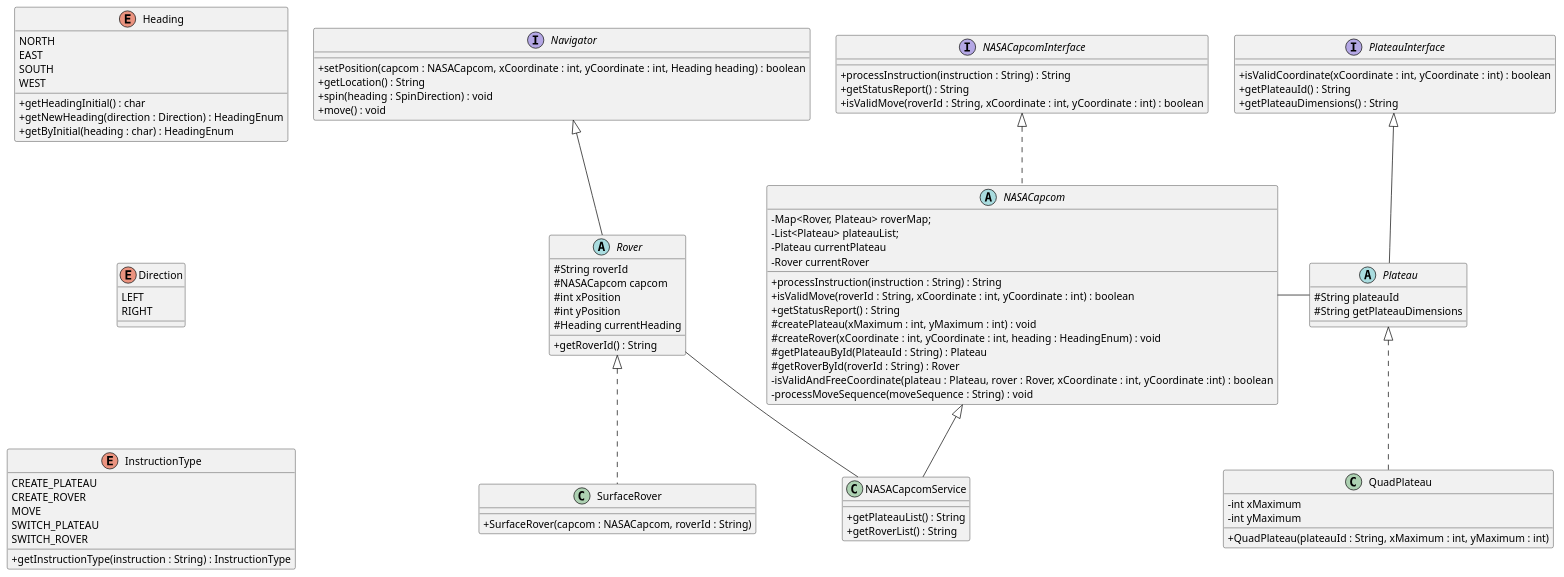
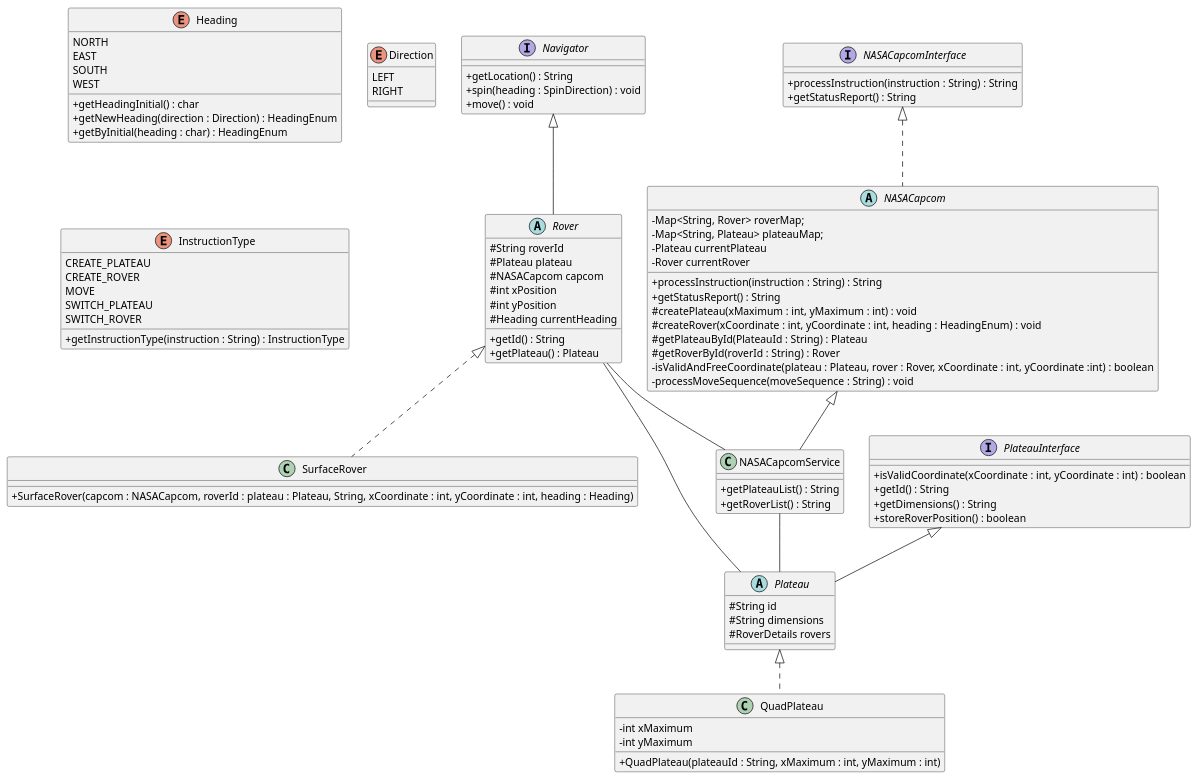
The diagram in uml/MarsRoverClassDiagram.puml (probert999/mars-rover), drawn with PlantUML before and after one commit. The commit also changed 16 other files, not shown here.

Commit message:
Plateau now has visibility of rover locations

```diff
--- a/uml/MarsRoverClassDiagram.puml
+++ b/uml/MarsRoverClassDiagram.puml
@@ -1,108 +1,109 @@
 @startuml
 skinparam classAttributeIconSize 0
 
 interface Navigator {
-    + setPosition(capcom : NASACapcom, xCoordinate : int, yCoordinate : int, Heading heading) : boolean
     + getLocation() : String
     + spin(heading : SpinDirection) : void
     + move() : void
 }
 
 abstract class Rover extends Navigator  {
   # String roverId
+  # Plateau plateau
   # NASACapcom capcom
   # int xPosition
   # int yPosition
   # Heading currentHeading
 
-  + getRoverId() : String
+  + getId() : String
+  + getPlateau() : Plateau
 }
 
 class SurfaceRover implements Rover  {
-    + SurfaceRover(capcom : NASACapcom, roverId : String)
+    + SurfaceRover(capcom : NASACapcom, roverId : plateau : Plateau, String, xCoordinate : int, yCoordinate : int, heading : Heading)
 }
 
 interface PlateauInterface  {
    + isValidCoordinate(xCoordinate : int, yCoordinate : int) : boolean
-   + getPlateauId() : String
-   + getPlateauDimensions() : String
+   + getId() : String
+   + getDimensions() : String
+   + storeRoverPosition() : boolean
 }
 
 abstract class Plateau extends PlateauInterface {
-  # String plateauId
-  # String getPlateauDimensions
+  # String id
+  # String dimensions
+  # RoverDetails rovers
 }
 
 class QuadPlateau implements Plateau {
   - int xMaximum
   - int yMaximum
 
    + QuadPlateau(plateauId : String, xMaximum : int, yMaximum : int)
 }
 
 
 enum Heading
 {
 NORTH
 EAST
 SOUTH
 WEST
 + getHeadingInitial() : char
 + getNewHeading(direction : Direction) : HeadingEnum
 + getByInitial(heading : char) : HeadingEnum
 }
 
 enum Direction
 {
 LEFT
 RIGHT
 }
 
 enum InstructionType
 {
 CREATE_PLATEAU
 CREATE_ROVER
 MOVE
 SWITCH_PLATEAU
 SWITCH_ROVER
 + getInstructionType(instruction : String) : InstructionType
 }
 
 interface NASACapcomInterface {
   + processInstruction(instruction : String) : String
   + getStatusReport() : String
-  + isValidMove(roverId : String, xCoordinate : int, yCoordinate : int) : boolean
 }
 
 abstract class NASACapcom implements NASACapcomInterface {
-  - Map<Rover, Plateau> roverMap;
-  - List<Plateau> plateauList;
+  - Map<String, Rover> roverMap;
+  - Map<String, Plateau> plateauMap;
   - Plateau currentPlateau
   - Rover currentRover
 
   + processInstruction(instruction : String) : String
-  + isValidMove(roverId : String, xCoordinate : int, yCoordinate : int) : boolean
   + getStatusReport() : String
   # createPlateau(xMaximum : int, yMaximum : int) : void
   # createRover(xCoordinate : int, yCoordinate : int, heading : HeadingEnum) : void
   # getPlateauById(PlateauId : String) : Plateau
   # getRoverById(roverId : String) : Rover
   - isValidAndFreeCoordinate(plateau : Plateau, rover : Rover, xCoordinate : int, yCoordinate :int) : boolean
   - processMoveSequence(moveSequence : String) : void
 }
 
 class NASACapcomService extends NASACapcom
 {
   + getPlateauList() : String
   + getRoverList() : String
 }
 
-NASACapcom - Plateau
+NASACapcomService -- Plateau
 Rover -- NASACapcomService
+Rover -- Plateau
 
-
-Heading -[hidden] Navigator
-Heading -[hidden]d-> Direction
-Direction -[hidden]d-> InstructionType
+Heading -[Hidden] Navigator
+Heading -[hidden] Direction
+Heading -[hidden]d-> InstructionType
 
 @enduml
```
